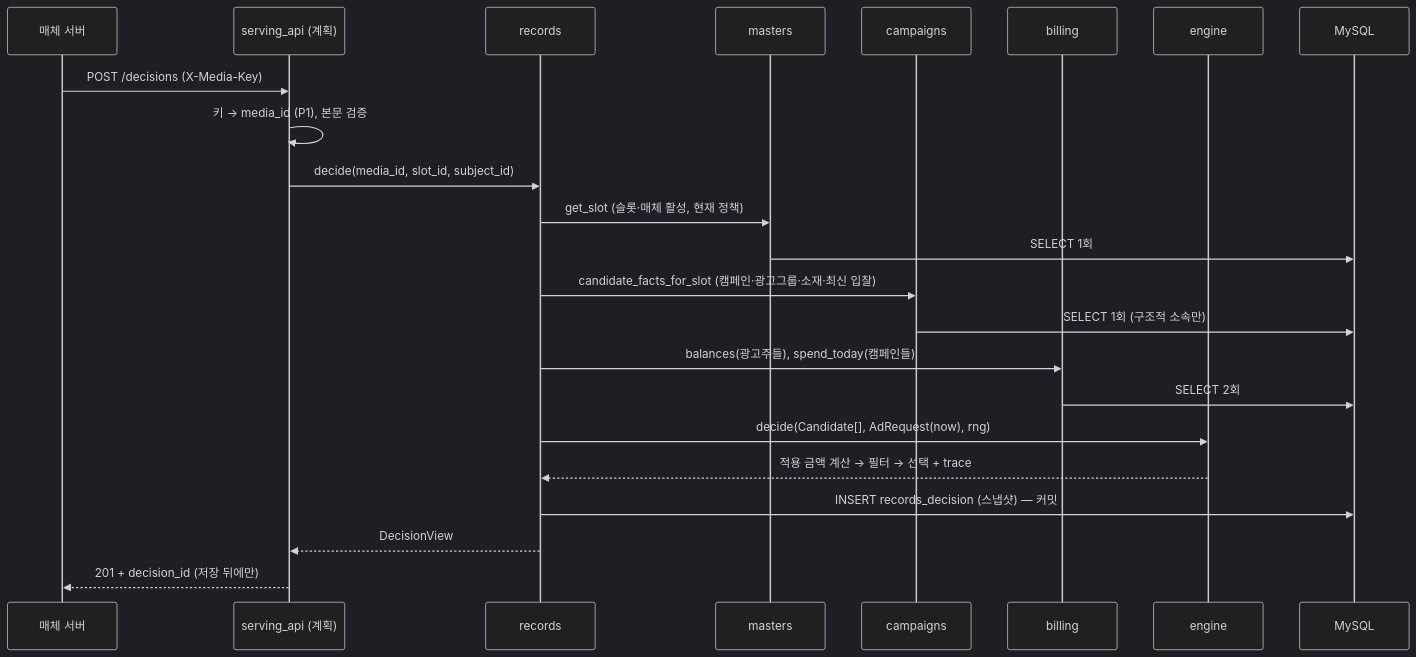
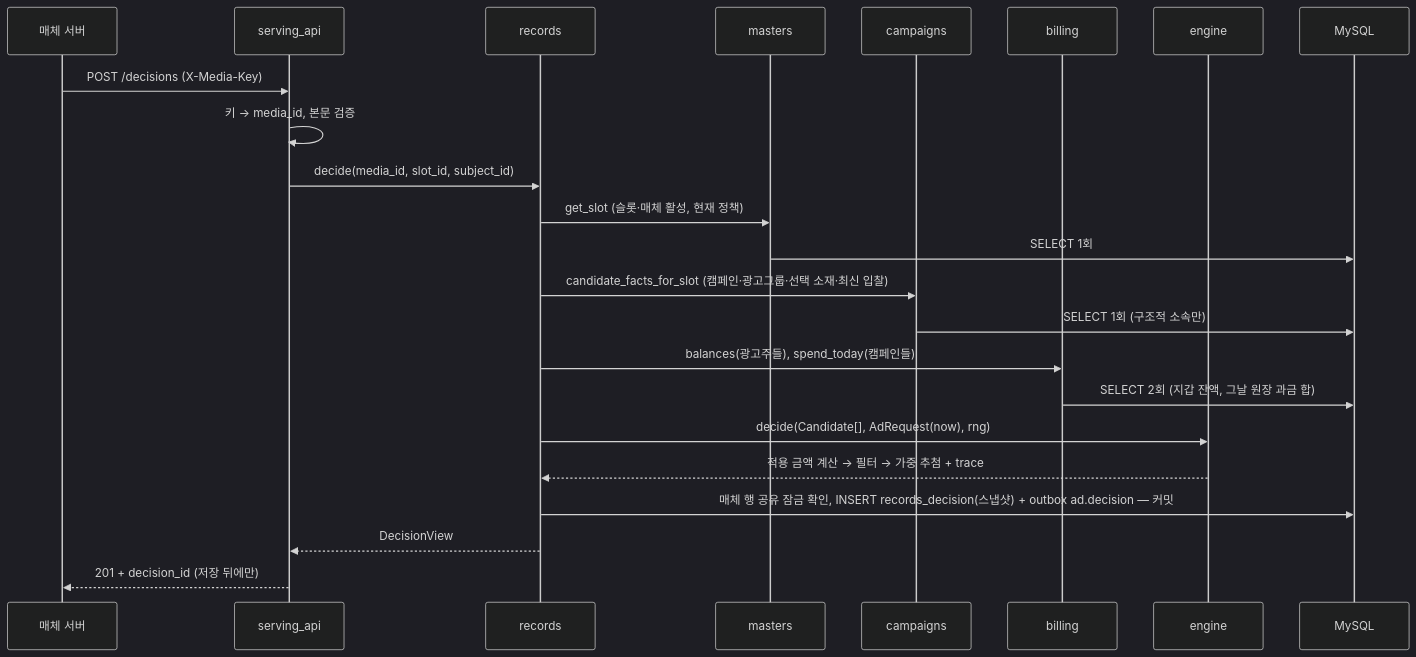
One commit to encore-ai-campus/mlo-01-p3-team2 changed the sixth of 7 diagrams in docs/ads-server/ads-server-drd.md. Above: the diagram before and after it, drawn with Mermaid (dark theme). The commit also changed other lines of this file and 2 other files, not shown here.

````diff
--- a/docs/ads-server/ads-server-drd.md
+++ b/docs/ads-server/ads-server-drd.md
@@ -881,26 +875,26 @@
 ```mermaid
 sequenceDiagram
     participant M as 매체 서버
-    participant S as serving_api (계획)
+    participant S as serving_api
     participant R as records
     participant MA as masters
     participant C as campaigns
     participant B as billing
     participant E as engine
     participant DB as MySQL
 
     M->>S: POST /decisions (X-Media-Key)
-    S->>S: 키 → media_id (P1), 본문 검증
+    S->>S: 키 → media_id, 본문 검증
     S->>R: decide(media_id, slot_id, subject_id)
     R->>MA: get_slot (슬롯·매체 활성, 현재 정책)
     MA->>DB: SELECT 1회
-    R->>C: candidate_facts_for_slot (캠페인·광고그룹·소재·최신 입찰)
+    R->>C: candidate_facts_for_slot (캠페인·광고그룹·선택 소재·최신 입찰)
     C->>DB: SELECT 1회 (구조적 소속만)
     R->>B: balances(광고주들), spend_today(캠페인들)
-    B->>DB: SELECT 2회
+    B->>DB: SELECT 2회 (지갑 잔액, 그날 원장 과금 합)
     R->>E: decide(Candidate[], AdRequest(now), rng)
-    E-->>R: 적용 금액 계산 → 필터 → 선택 + trace
-    R->>DB: INSERT records_decision (스냅샷) — 커밋
+    E-->>R: 적용 금액 계산 → 필터 → 가중 추첨 + trace
+    R->>DB: 매체 행 공유 잠금 확인, INSERT records_decision(스냅샷) + outbox ad.decision — 커밋
     R-->>S: DecisionView
     S-->>M: 201 + decision_id (저장 뒤에만)
 ```
````
